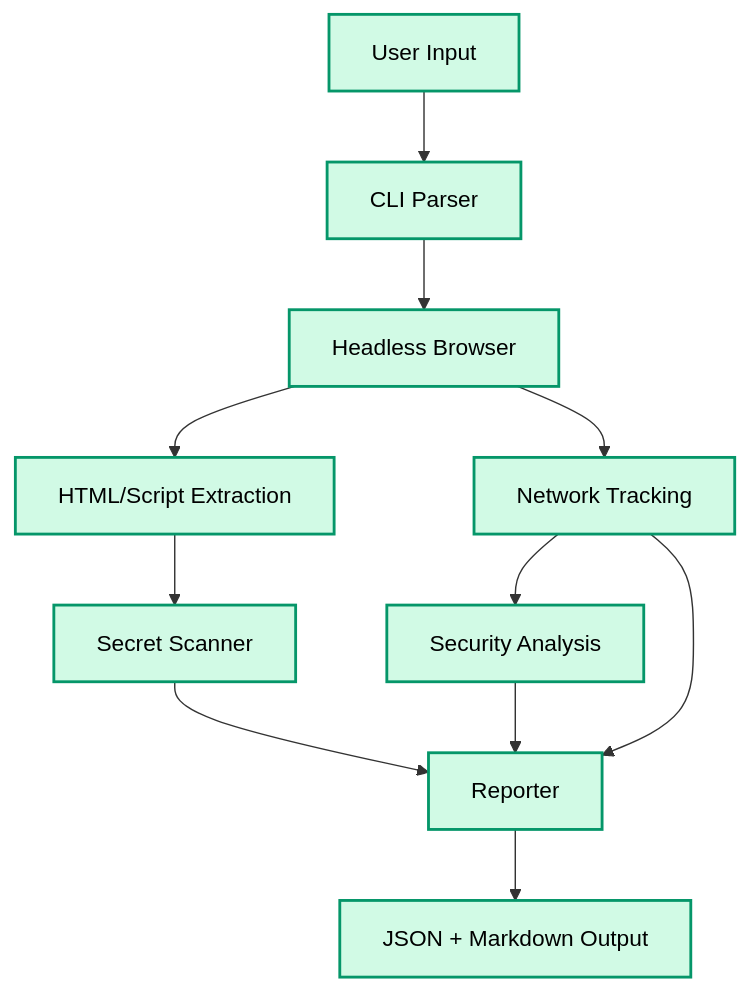
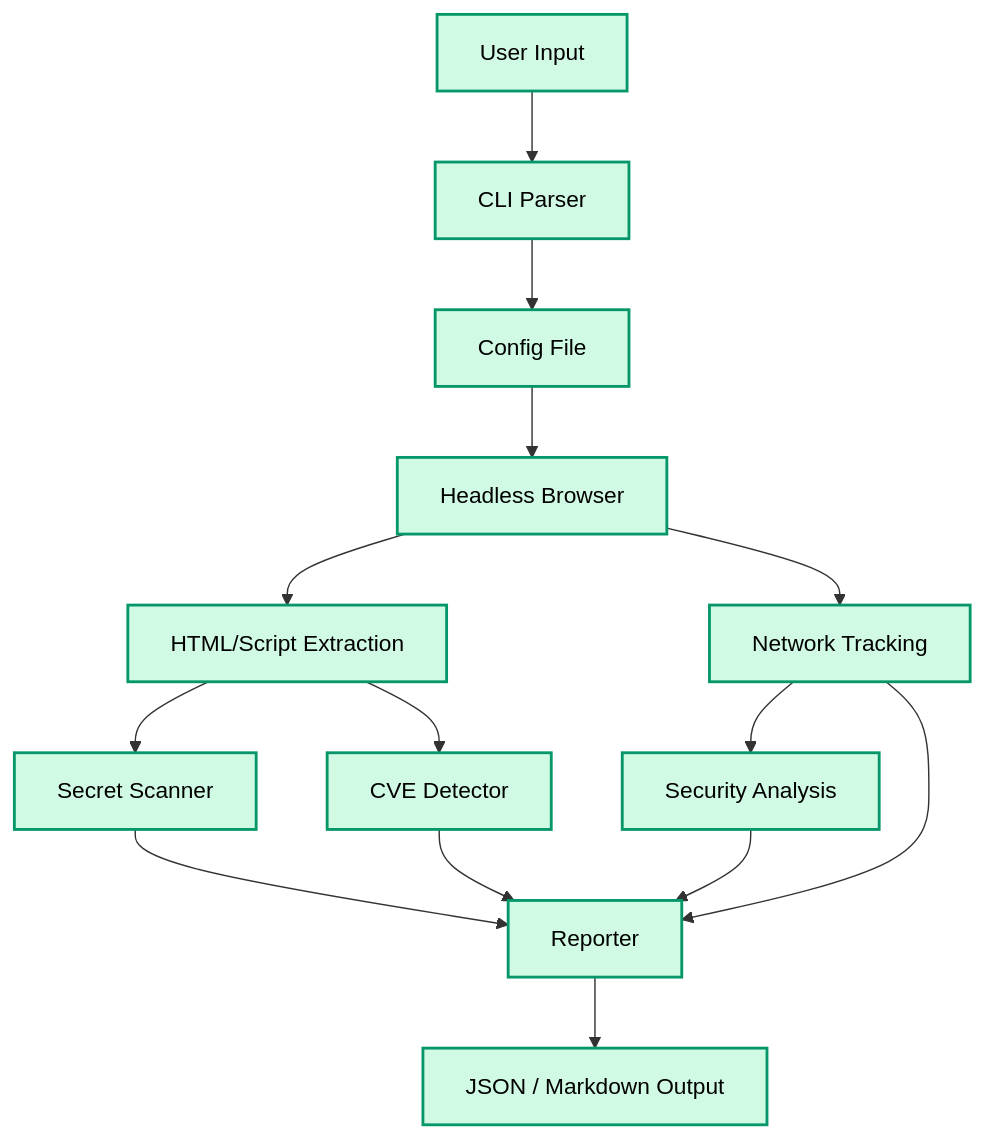
The second of 3 diagrams in README.md (ul0gic/corrode), drawn with Mermaid before and after one commit. The commit also changed other lines of this file and 4 other files, not shown here.

````diff
--- a/README.md
+++ b/README.md
@@ -52,16 +68,19 @@
 ```mermaid
 graph TD
     U[User Input] --> CLI[CLI Parser]
-    CLI --> B[Headless Browser]
+    CLI --> CF[Config File]
+    CF --> B[Headless Browser]
     B --> N[Network Tracking]
     B --> S[HTML/Script Extraction]
     S --> SC[Secret Scanner]
+    S --> CV[CVE Detector]
     N --> SEC[Security Analysis]
     SC --> R[Reporter]
+    CV --> R
     SEC --> R
     N --> R
-    R --> OUT[JSON + Markdown Output]
+    R --> OUT[JSON / Markdown Output]
 
     classDef green fill:#d1fae5,stroke:#059669,stroke-width:2px,color:#000
-    class U,CLI,B,N,S,SC,SEC,R,OUT green
+    class U,CLI,CF,B,N,S,SC,CV,SEC,R,OUT green
 ```
````
